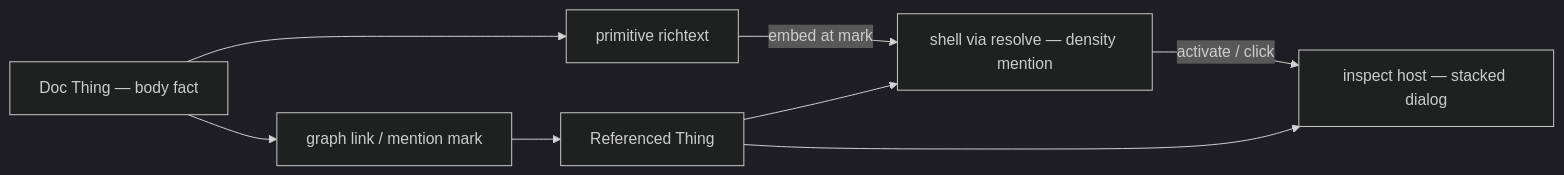
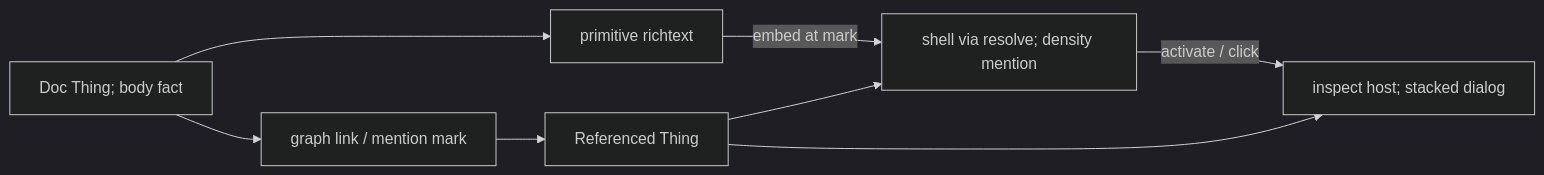
The third of 3 diagrams in docs/planning/tml-shell-dsl.md (trentbrew/trellis), drawn with Mermaid (dark theme) before and after one commit. The commit also changed other lines of this file and 218 other files, not shown here.

````diff
--- a/docs/planning/tml-shell-dsl.md
+++ b/docs/planning/tml-shell-dsl.md
@@ -509,16 +509,16 @@
 ```mermaid
 flowchart LR
-  Doc["Doc Thing — body fact"]
+  Doc["Doc Thing; body fact"]
   Link["graph link / mention mark"]
   Target["Referenced Thing"]
   RT["primitive richtext"]
-  Shell["shell via resolve — density mention"]
-  Inspect["inspect host — stacked dialog"]
+  Shell["shell via resolve; density mention"]
+  Inspect["inspect host; stacked dialog"]
   Doc --> Link
   Link --> Target
   Doc --> RT
   RT -->|"embed at mark"| Shell
   Target --> Shell
   Shell -->|"activate / click"| Inspect
   Target --> Inspect
 ```
````
